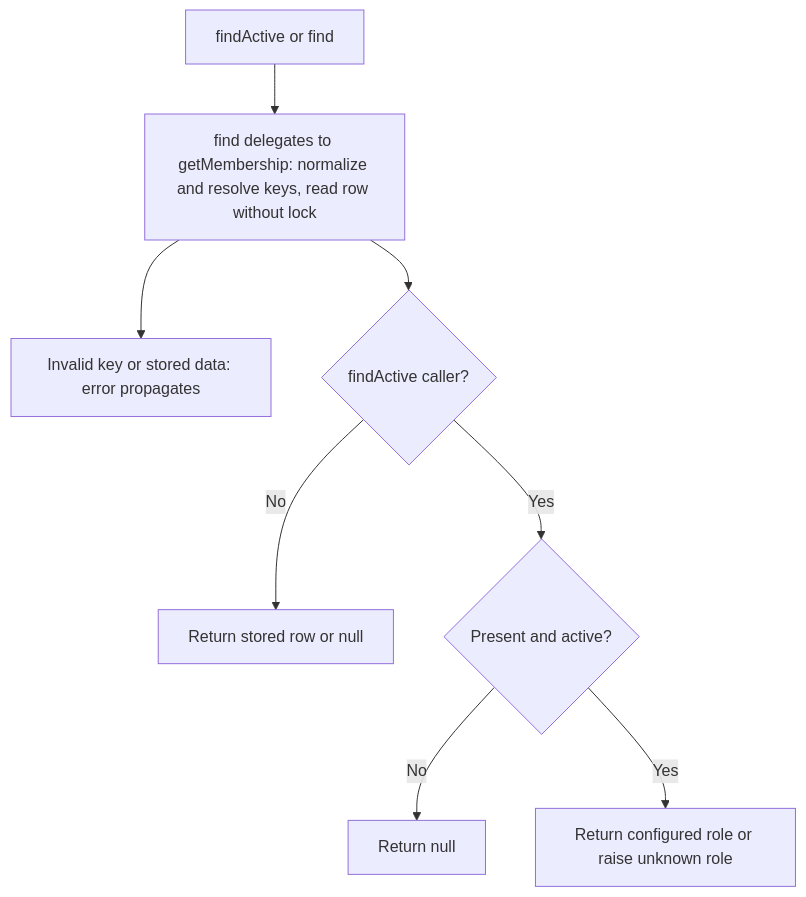
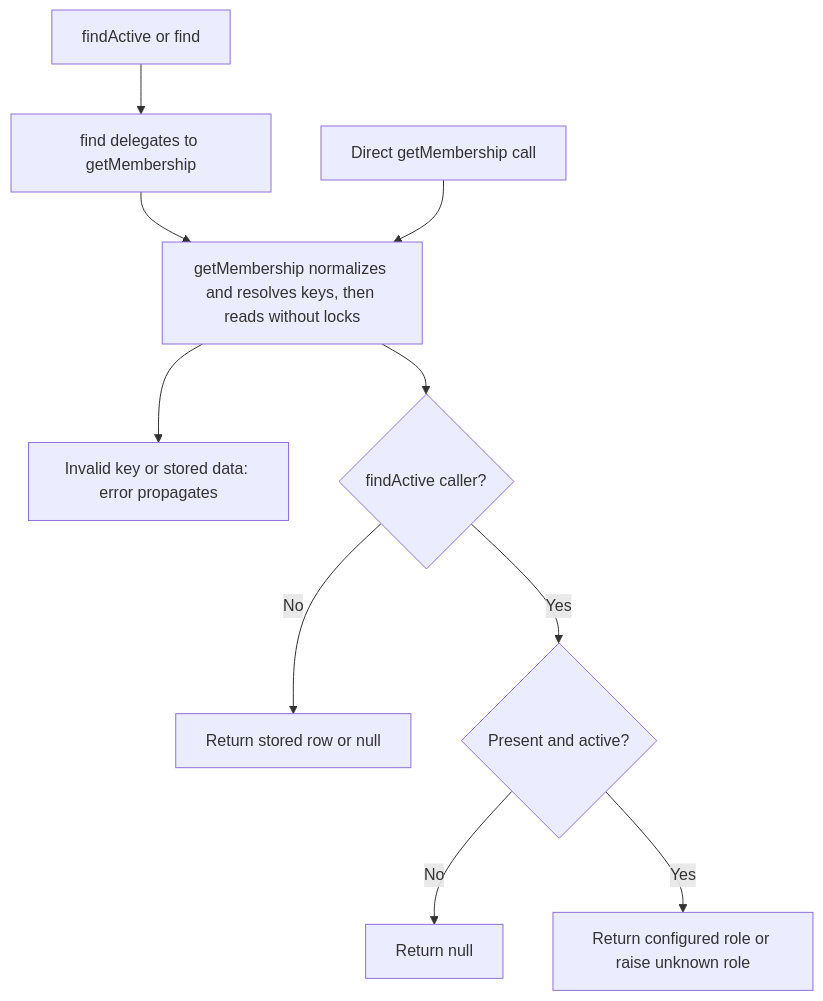
One commit to Kevinjohn/oss-adonisjs-access-control changed the second of 2 diagrams in user-stories/US-ACCESS-29-read-one-membership.md. Above: the diagram before and after it, drawn with Mermaid. The commit also changed other lines of this file and 25 other files, not shown here.

````diff
--- a/user-stories/US-ACCESS-29-read-one-membership.md
+++ b/user-stories/US-ACCESS-29-read-one-membership.md
@@ -29,10 +29,12 @@
 ```mermaid
 flowchart TD
-    A["findActive or find"] --> B["find delegates to getMembership: normalize and resolve keys, read row without lock"]
+    A["findActive or find"] --> G["find delegates to getMembership"]
+    G --> B["getMembership normalizes and resolves keys, then reads without locks"]
+    B0["Direct getMembership call"] --> B
     B --> X["Invalid key or stored data: error propagates"]
     B --> H{"findActive caller?"}
     H -->|No| J["Return stored row or null"]
     H -->|Yes| C{"Present and active?"}
     C -->|No| D["Return null"]
     C -->|Yes| E["Return configured role or raise unknown role"]
 ```
````
